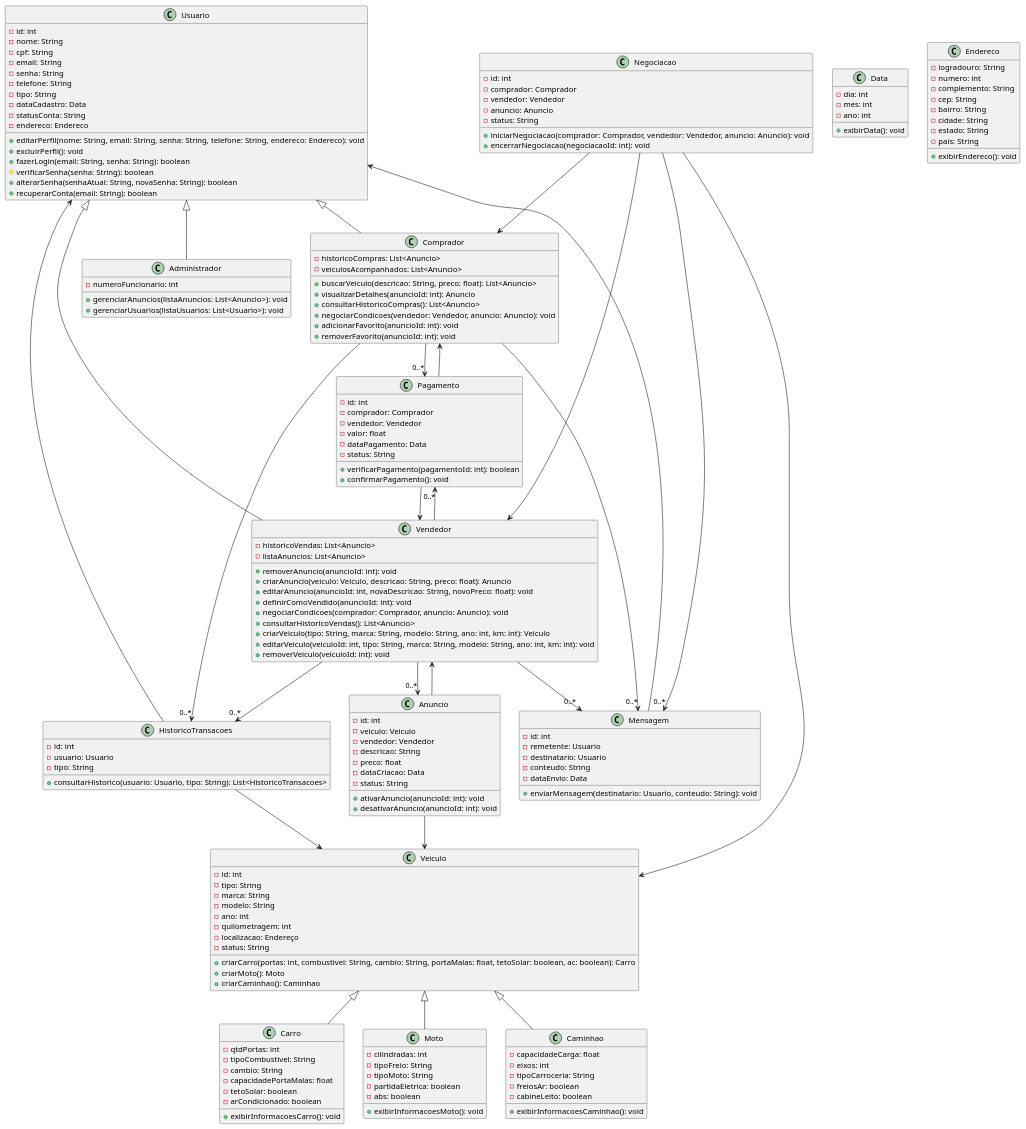
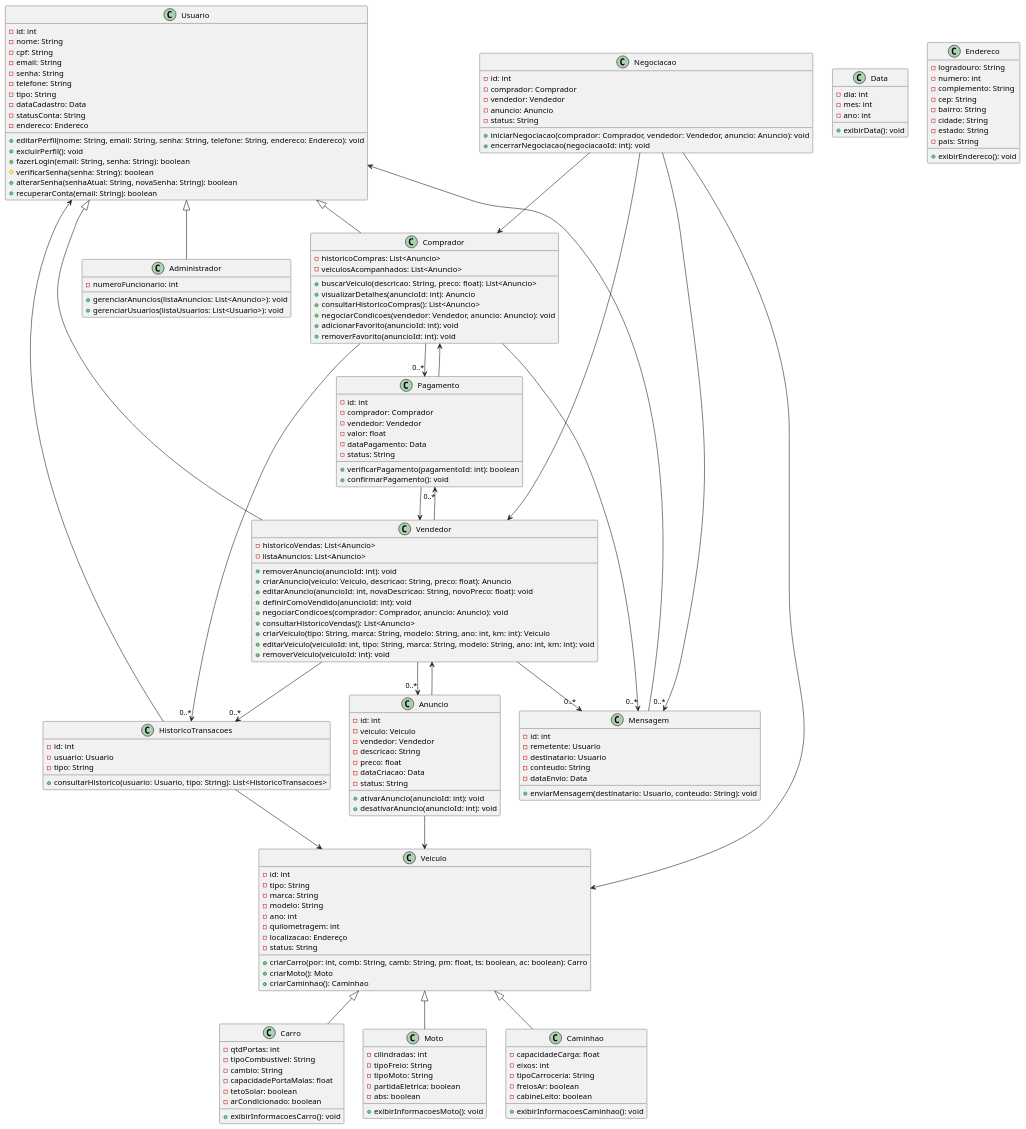
One commit to guilhermeoliveirateo/sistema-compra-venda-veiculos changed the diagram in classes.md. Above: the diagram before and after it, drawn with PlantUML.

```diff
--- a/classes.md
+++ b/classes.md
@@ -77,7 +77,7 @@
 -localizacao: Endereço
 -status: String
 
-+criarCarro(portas: int, combustivel: String, cambio: String, portaMalas: float, tetoSolar: boolean, ac: boolean): Carro
++criarCarro(por: int, comb: String, camb: String, pm: float, ts: boolean, ac: boolean): Carro
 +criarMoto(): Moto
 +criarCaminhao(): Caminhao
 }
```
